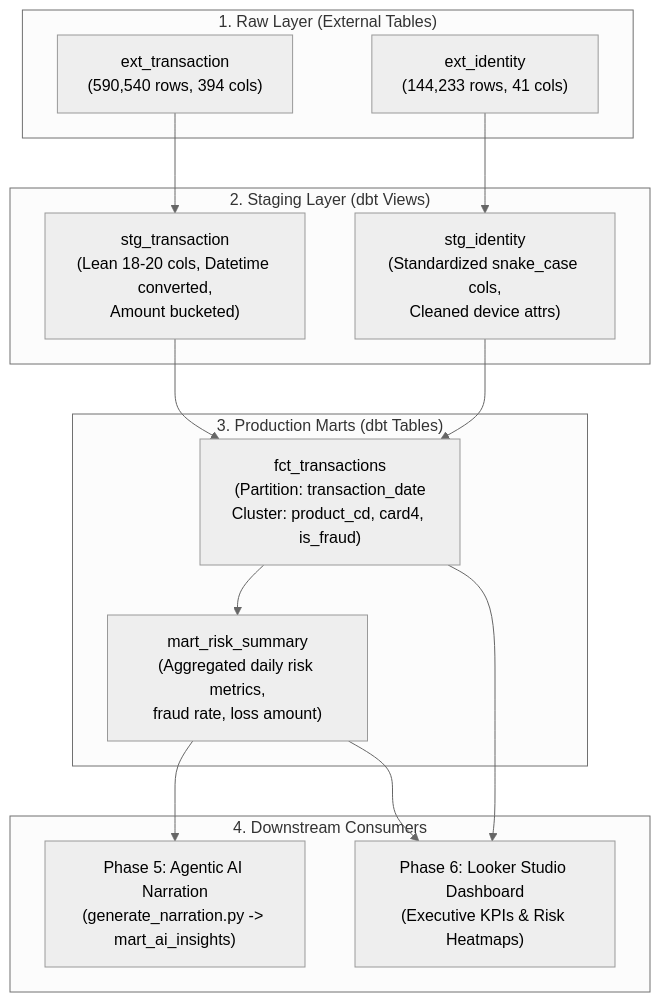
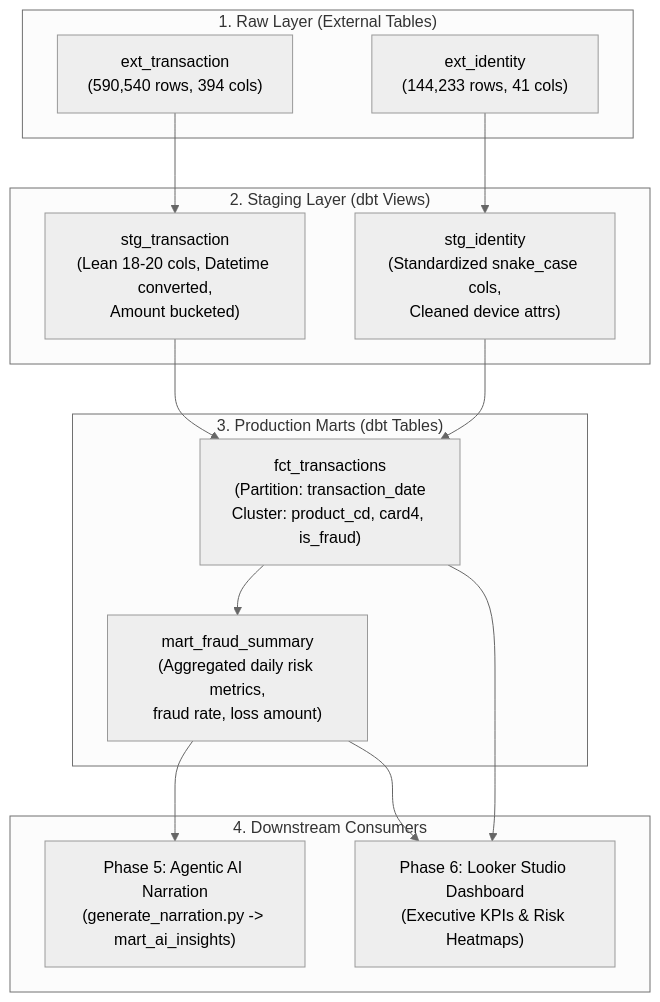
The diagram in plan/phase3_dbt_transformations.md (tuanpmdev156/fraud-risk-control-analytics), drawn with Mermaid (neutral theme) before and after one commit. The commit also changed other lines of this file and 2 other files, not shown here.

````diff
--- a/plan/phase3_dbt_transformations.md
+++ b/plan/phase3_dbt_transformations.md
@@ -9,31 +9,31 @@
 ```mermaid
 flowchart TD
     subgraph BigQuery_Raw ["1. Raw Layer (External Tables)"]
         ext_trans["ext_transaction\n(590,540 rows, 394 cols)"]
         ext_ident["ext_identity\n(144,233 rows, 41 cols)"]
     end
 
     subgraph BigQuery_Staging ["2. Staging Layer (dbt Views)"]
         stg_trans["stg_transaction\n(Lean 18-20 cols, Datetime converted,\nAmount bucketed)"]
         stg_ident["stg_identity\n(Standardized snake_case cols,\nCleaned device attrs)"]
     end
 
     subgraph BigQuery_Production ["3. Production Marts (dbt Tables)"]
         fct_trans["fct_transactions\n(Partition: transaction_date\nCluster: product_cd, card4, is_fraud)"]
-        mart_summary["mart_risk_summary\n(Aggregated daily risk metrics,\nfraud rate, loss amount)"]
+        mart_summary["mart_fraud_summary\n(Aggregated daily risk metrics,\nfraud rate, loss amount)"]
     end
 
     subgraph Downstream_Consumers ["4. Downstream Consumers"]
         ai_layer["Phase 5: Agentic AI Narration\n(generate_narration.py -> mart_ai_insights)"]
         looker_bi["Phase 6: Looker Studio Dashboard\n(Executive KPIs & Risk Heatmaps)"]
     end
 
     ext_trans --> stg_trans
     ext_ident --> stg_ident
     stg_trans --> fct_trans
     stg_ident --> fct_trans
     fct_trans --> mart_summary
     mart_summary --> ai_layer
     mart_summary --> looker_bi
     fct_trans --> looker_bi
 ```
````
